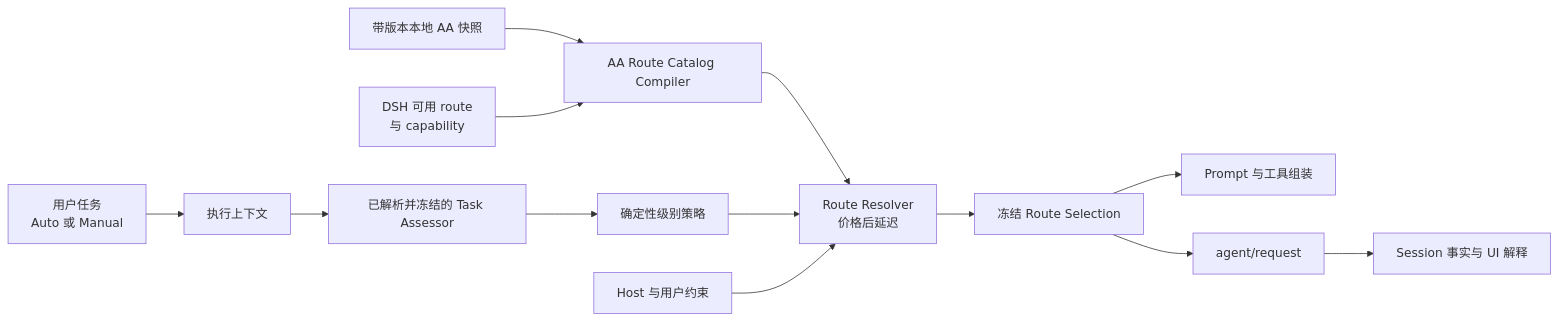
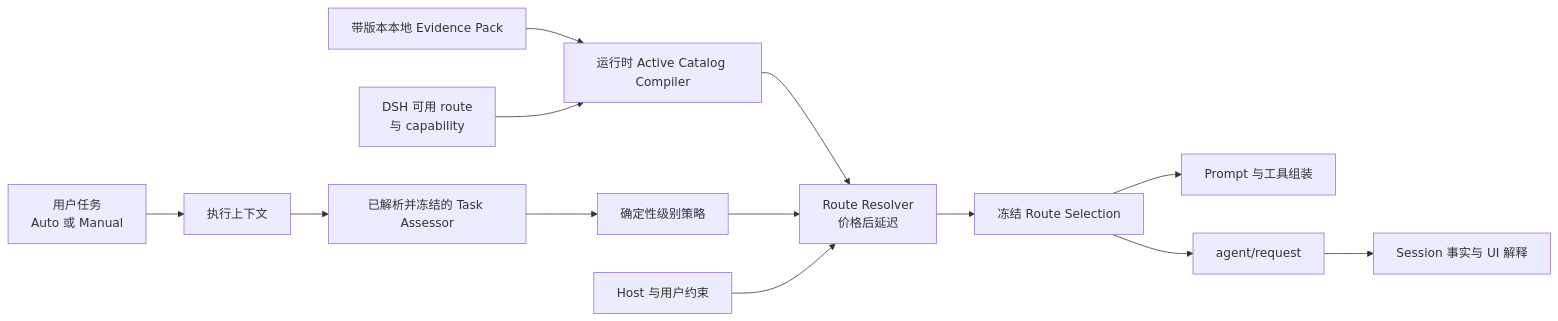
One commit to cloudman6/dsh-auto-mode changed the diagram in docs/zh-CN/architecture.md. Above: the diagram before and after it, drawn with Mermaid. The commit also changed other lines of this file and 19 other files, not shown here.

Commit message:
docs: complete Phase 4.1 Evidence Pack rollout

````diff
--- a/docs/zh-CN/architecture.md
+++ b/docs/zh-CN/architecture.md
@@ -28,15 +28,15 @@
 ```mermaid
 flowchart LR
     U["用户任务\nAuto 或 Manual"] --> X["执行上下文"]
     X --> A["已解析并冻结的 Task Assessor"]
     A --> P["确定性级别策略"]
-    S["带版本本地 AA 快照"] --> C["AA Route Catalog Compiler"]
+    S["带版本本地 Evidence Pack"] --> C["运行时 Active Catalog Compiler"]
     D["DSH 可用 route\n与 capability"] --> C
     C --> R["Route Resolver\n价格后延迟"]
     P --> R
     H["Host 与用户约束"] --> R
     R --> F["冻结 Route Selection"]
     F --> M["Prompt 与工具组装"]
     F --> Q["agent/request"]
     Q --> E["Session 事实与 UI 解释"]
 ```
````
